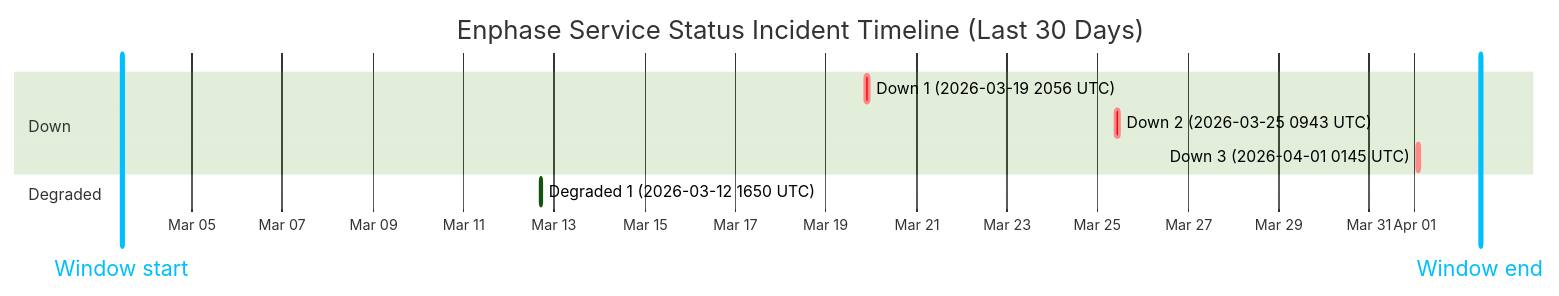
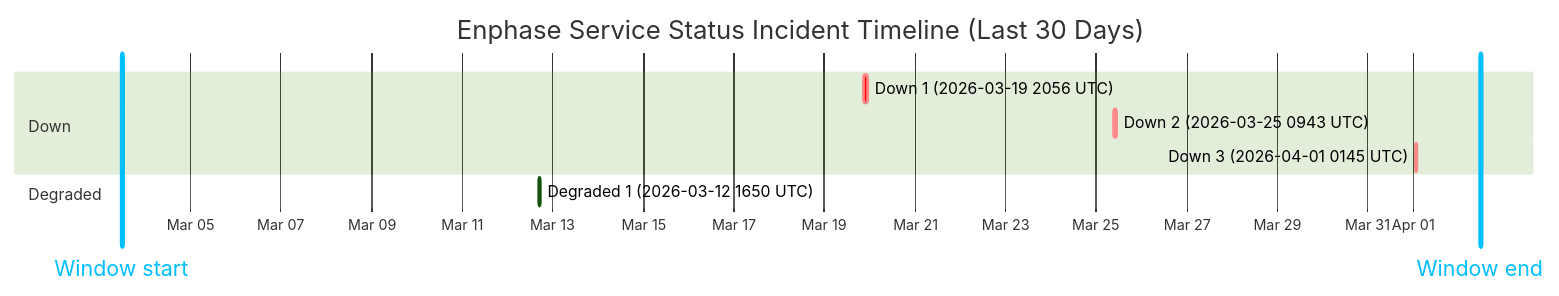
The diagram in wiki/Service-Status-History.md (barneyonline/ha-enphase-ev-charger), drawn with Mermaid (forest theme) before and after one commit. The commit also changed other lines of this file and 3 other files, not shown here.

````diff
--- a/wiki/Service-Status-History.md
+++ b/wiki/Service-Status-History.md
@@ -14,14 +14,14 @@
 ```mermaid
 gantt
     title Enphase Service Status Incident Timeline (Last 30 Days)
     dateFormat  YYYY-MM-DDTHH:mm:ss
     axisFormat  %b %d
-    Window start :vert, window-start, 2026-03-03T10:50:55, 0ms
-    Window end :vert, window-end, 2026-04-02T10:50:55, 0ms
+    Window start :vert, window-start, 2026-03-03T11:43:56, 0ms
+    Window end :vert, window-end, 2026-04-02T11:43:56, 0ms
     section Down
     Down 1 (2026-03-19 2056 UTC) :crit, down-1, 2026-03-19T20:56:20, 145m
     Down 2 (2026-03-25 0943 UTC) :crit, down-2, 2026-03-25T09:43:28, 111m
     Down 3 (2026-04-01 0145 UTC) :crit, down-3, 2026-04-01T01:45:09, 60m
     section Degraded
     Degraded 1 (2026-03-12 1650 UTC) :active, degraded-1, 2026-03-12T16:50:43, 60m
 ```
````
